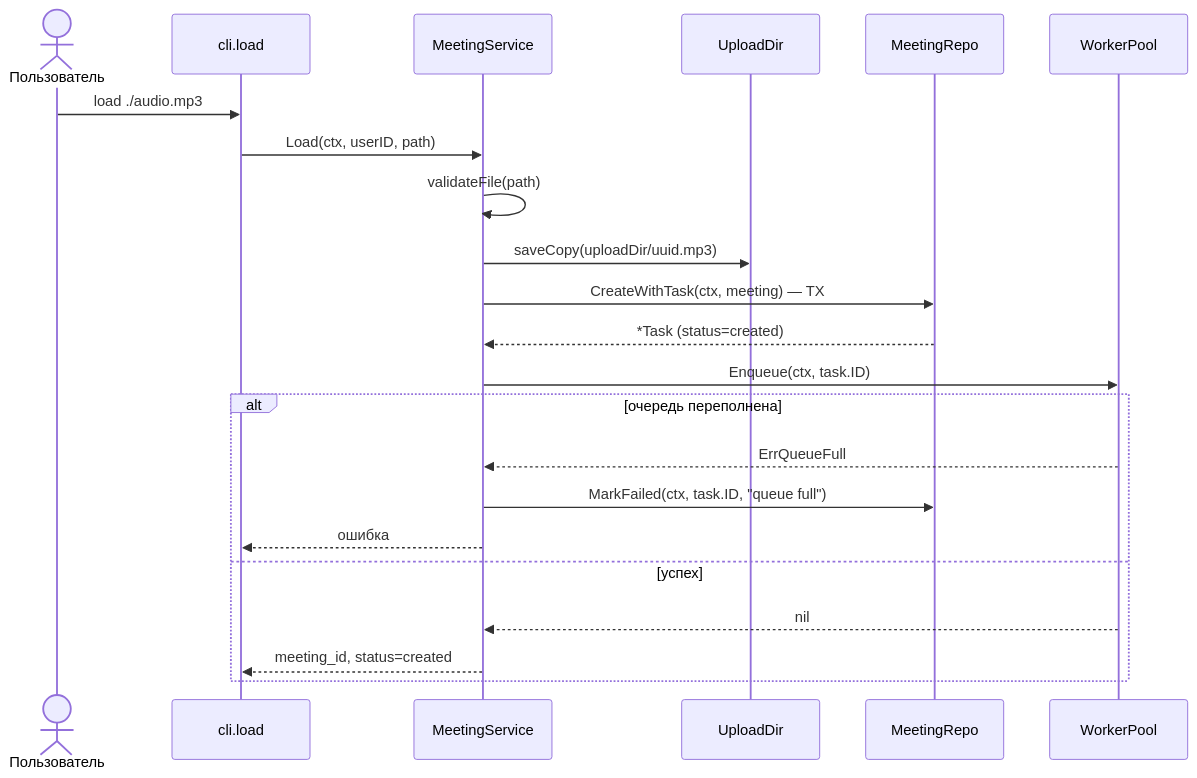
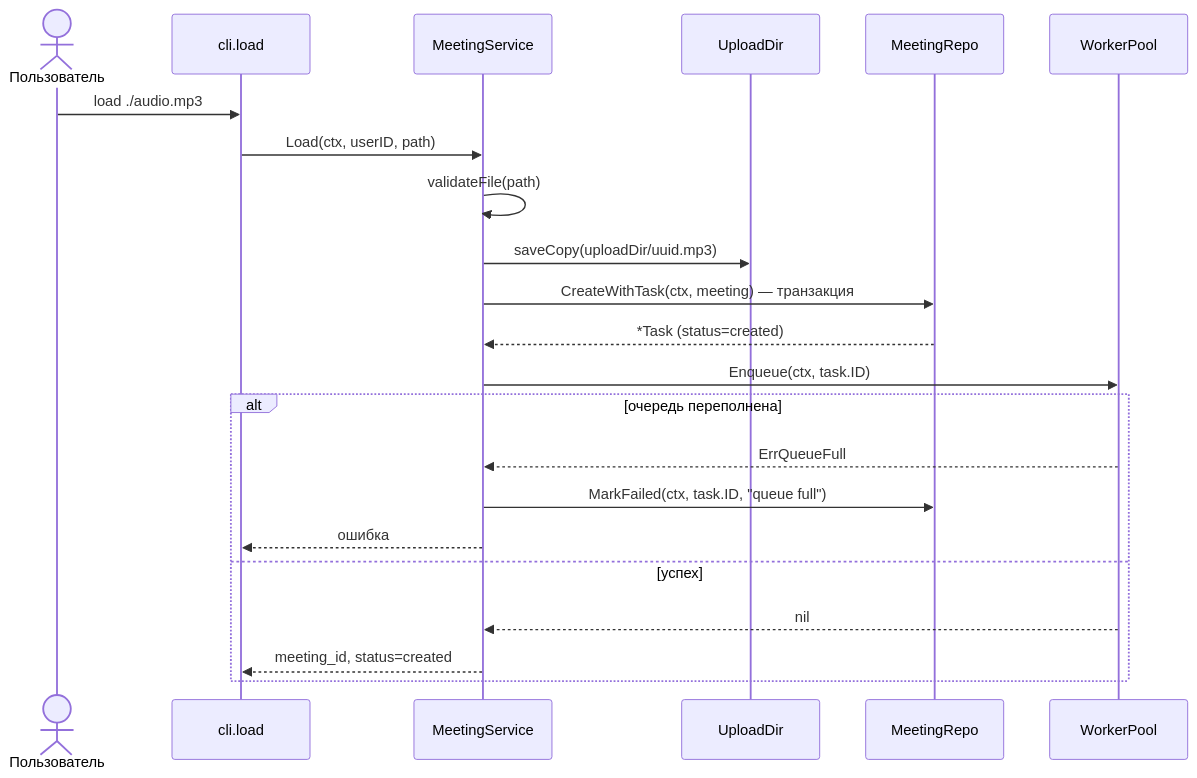
Before and after one commit to AlexeyKurlevsky/voice_assistant: the third of 5 diagrams in docs/ARCHITECTURE.md, drawn with Mermaid. The commit also changed other lines of this file and 18 other files, not shown here.

````diff
--- a/docs/ARCHITECTURE.md
+++ b/docs/ARCHITECTURE.md
@@ -139,25 +140,25 @@
 ```mermaid
 sequenceDiagram
     actor U as Пользователь
     participant CLI as cli.load
     participant MS as MeetingService
     participant FS as UploadDir
     participant MR as MeetingRepo
     participant Q as WorkerPool
 
     U->>CLI: load ./audio.mp3
     CLI->>MS: Load(ctx, userID, path)
     MS->>MS: validateFile(path)
     MS->>FS: saveCopy(uploadDir/uuid.mp3)
-    MS->>MR: CreateWithTask(ctx, meeting) — TX
+    MS->>MR: CreateWithTask(ctx, meeting) — транзакция
     MR-->>MS: *Task (status=created)
     MS->>Q: Enqueue(ctx, task.ID)
     alt очередь переполнена
         Q-->>MS: ErrQueueFull
         MS->>MR: MarkFailed(ctx, task.ID, "queue full")
         MS-->>CLI: ошибка
     else успех
         Q-->>MS: nil
         MS-->>CLI: meeting_id, status=created
     end
 ```
````
